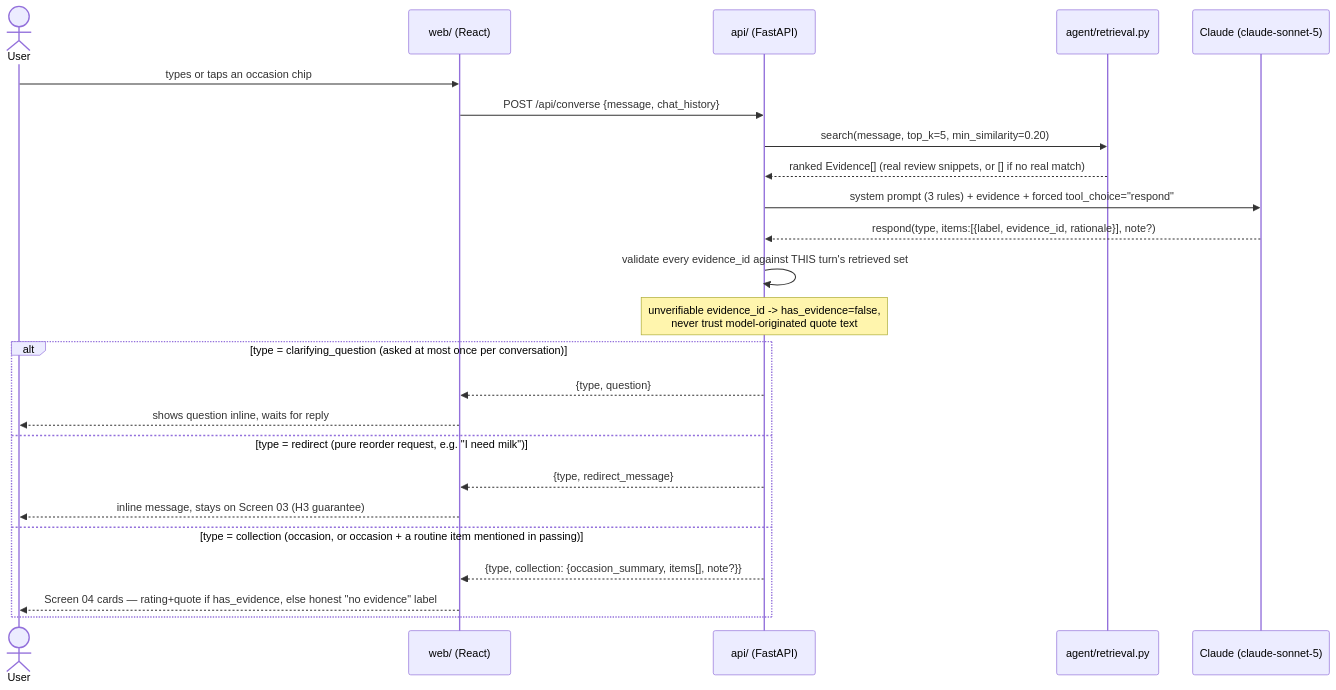
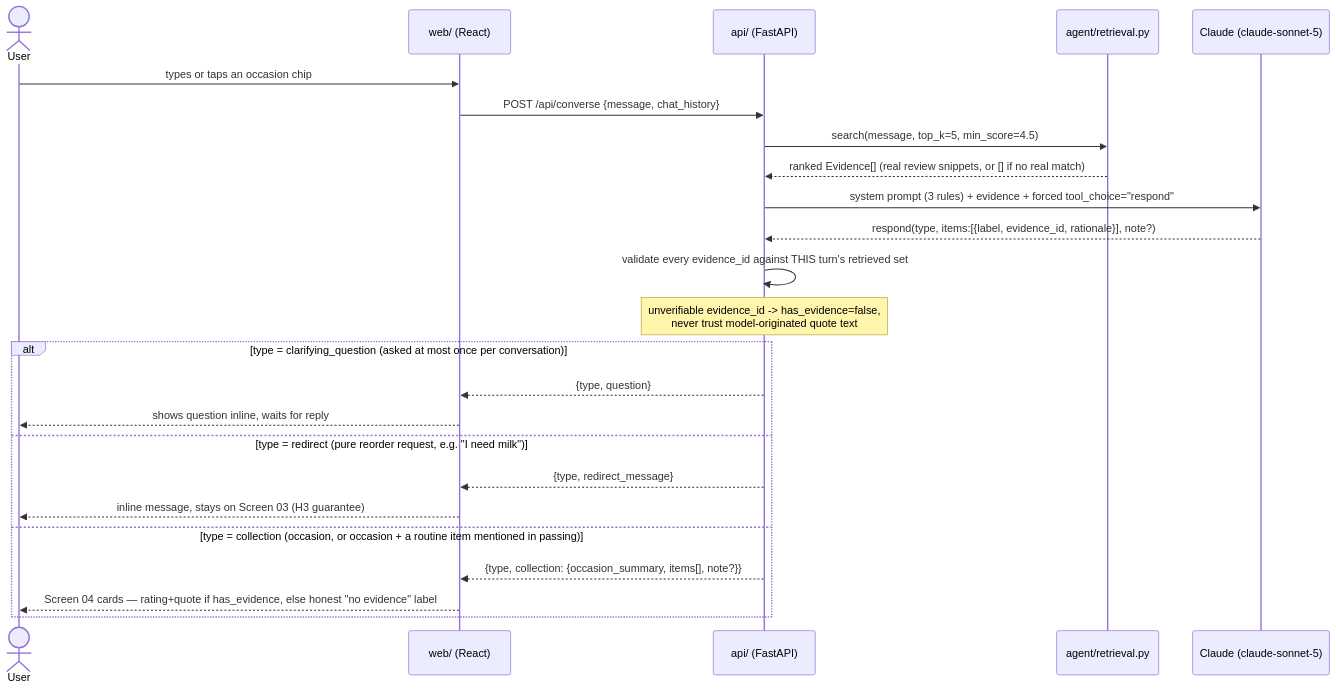
Before and after one commit to agenticvishwas/blinkit-mvp: the second of 3 diagrams in README.md, drawn with Mermaid. The commit also changed other lines of this file and 6 other files, not shown here.

````diff
--- a/README.md
+++ b/README.md
@@ -70,27 +70,27 @@
 ```mermaid
 sequenceDiagram
     actor User
     participant SPA as web/ (React)
     participant API as api/ (FastAPI)
     participant Retrieval as agent/retrieval.py
     participant Claude as Claude (claude-sonnet-5)
 
     User->>SPA: types or taps an occasion chip
     SPA->>API: POST /api/converse {message, chat_history}
-    API->>Retrieval: search(message, top_k=5, min_similarity=0.20)
+    API->>Retrieval: search(message, top_k=5, min_score=4.5)
     Retrieval-->>API: ranked Evidence[] (real review snippets, or [] if no real match)
     API->>Claude: system prompt (3 rules) + evidence + forced tool_choice="respond"
     Claude-->>API: respond(type, items:[{label, evidence_id, rationale}], note?)
     API->>API: validate every evidence_id against THIS turn's retrieved set
     Note over API: unverifiable evidence_id -> has_evidence=false,<br/>never trust model-originated quote text
     alt type = clarifying_question (asked at most once per conversation)
         API-->>SPA: {type, question}
         SPA-->>User: shows question inline, waits for reply
     else type = redirect (pure reorder request, e.g. "I need milk")
         API-->>SPA: {type, redirect_message}
         SPA-->>User: inline message, stays on Screen 03 (H3 guarantee)
     else type = collection (occasion, or occasion + a routine item mentioned in passing)
         API-->>SPA: {type, collection: {occasion_summary, items[], note?}}
         SPA-->>User: Screen 04 cards — rating+quote if has_evidence, else honest "no evidence" label
     end
 ```
````
